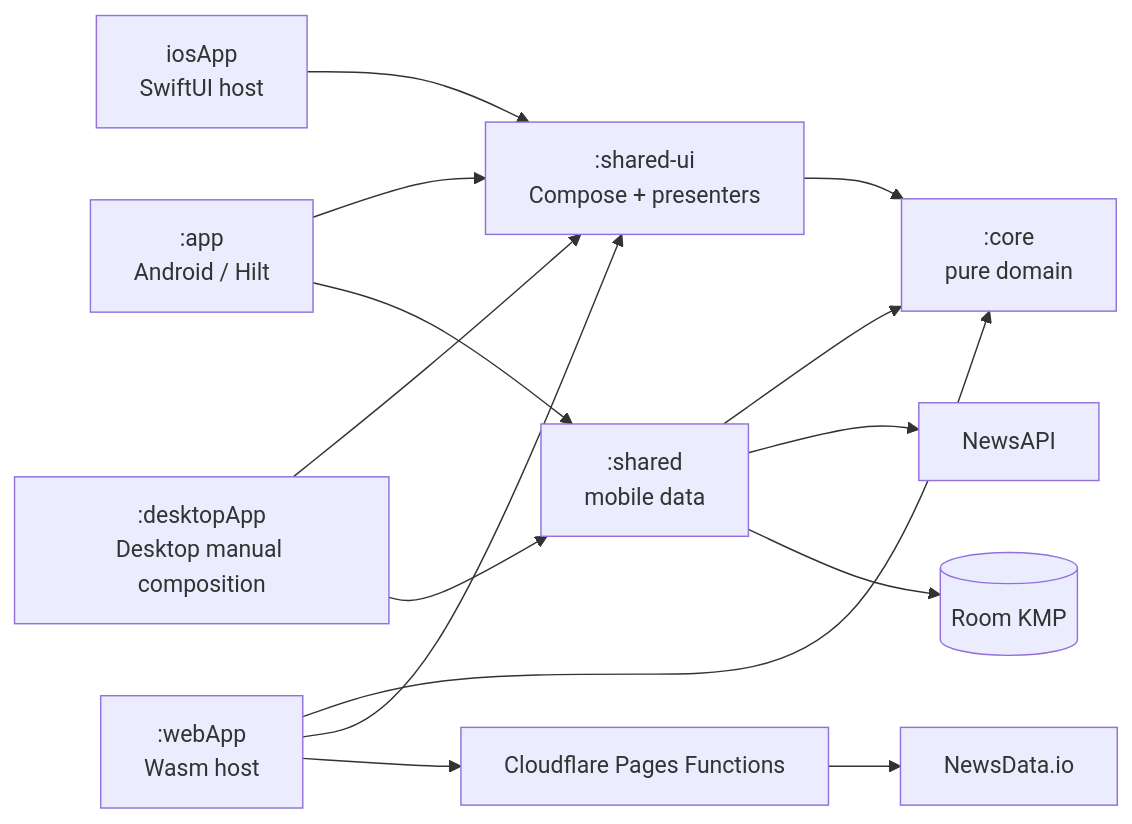
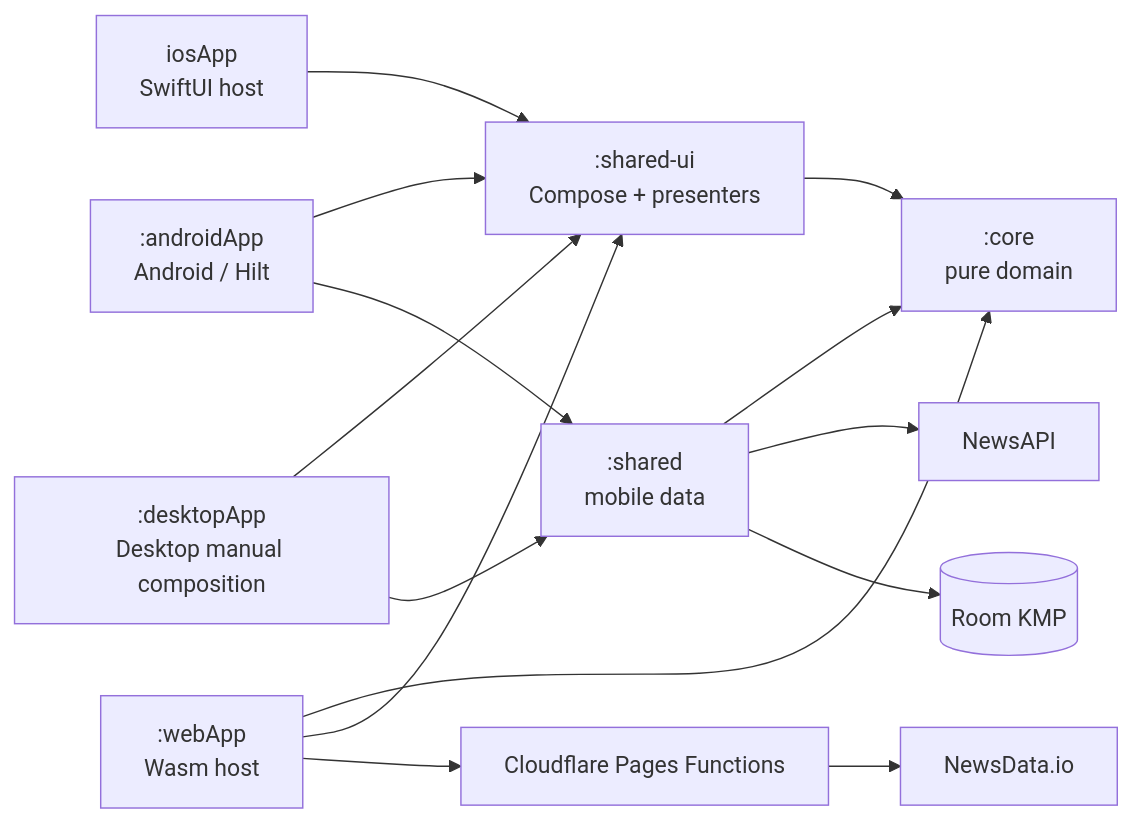
One commit to recipesforsoftware-pl/signalbrief changed the diagram in docs/ARCHITECTURE.md. Above: the diagram before and after it, drawn with Mermaid. The commit also changed other lines of this file and 61 other files, not shown here.

Commit message:
refactor: rename Android app module (#62)

````diff
--- a/docs/ARCHITECTURE.md
+++ b/docs/ARCHITECTURE.md
@@ -55,31 +55,31 @@
 ```mermaid
 flowchart LR
     core[":core<br/>pure domain"]
     shared[":shared<br/>mobile data"]
     sharedui[":shared-ui<br/>Compose + presenters"]
-    app[":app<br/>Android / Hilt"]
+    androidApp[":androidApp<br/>Android / Hilt"]
     ios["iosApp<br/>SwiftUI host"]
     desktop[":desktopApp<br/>Desktop manual composition"]
     web[":webApp<br/>Wasm host"]
     pages["Cloudflare Pages Functions"]
     newsapi["NewsAPI"]
     newsdata["NewsData.io"]
     room[("Room KMP")]
 
     shared --> core
     sharedui --> core
 
-    app --> sharedui
-    app --> shared
+    androidApp --> sharedui
+    androidApp --> shared
 
     ios --> sharedui
     desktop --> sharedui
     desktop --> shared
     shared --> newsapi
     shared --> room
 
     web --> core
     web --> sharedui
     web --> pages
     pages --> newsdata
 ```
````
